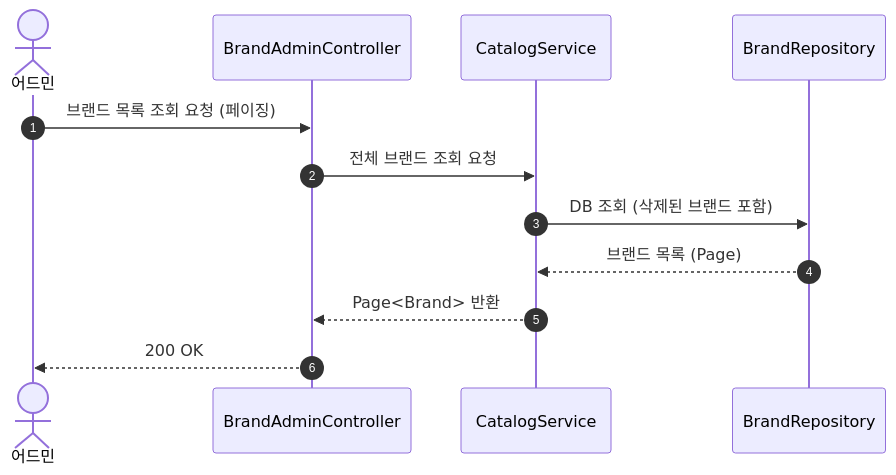
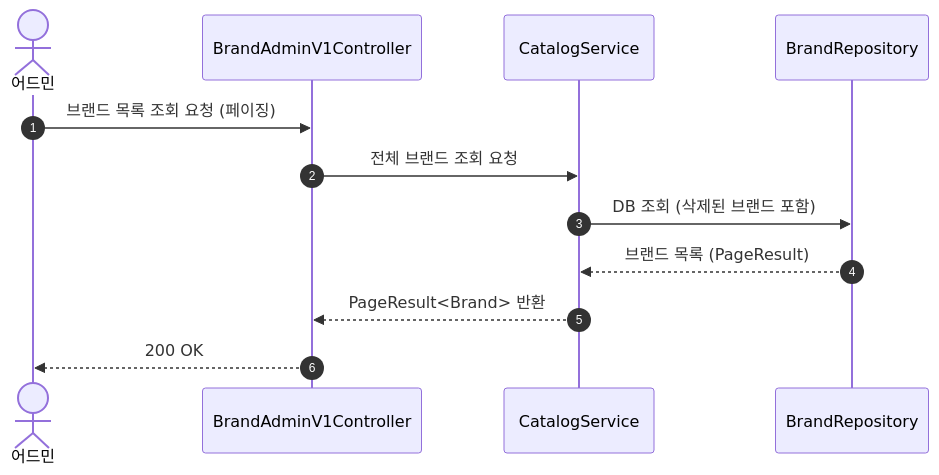
Before and after one commit to Loopers-dev-lab/loop-pack-be-l2-vol3-kotlin: the fourth of 26 diagrams in docs/design/02-sequence-diagrams.md, drawn with Mermaid. The commit also changed other lines of this file and 7 other files, not shown here.

````diff
--- a/docs/design/02-sequence-diagrams.md
+++ b/docs/design/02-sequence-diagrams.md
@@ -110,14 +110,14 @@
 ```mermaid
 sequenceDiagram
     autonumber
     actor Admin as 어드민
-    participant C as BrandAdminController
+    participant C as BrandAdminV1Controller
     participant S as CatalogService
     participant R as BrandRepository
     Admin ->> C: 브랜드 목록 조회 요청 (페이징)
     C ->> S: 전체 브랜드 조회 요청
     S ->> R: DB 조회 (삭제된 브랜드 포함)
-    R -->> S: 브랜드 목록 (Page)
-    S -->> C: Page<Brand> 반환
+    R -->> S: 브랜드 목록 (PageResult)
+    S -->> C: PageResult<Brand> 반환
     C -->> Admin: 200 OK
 ```
````
